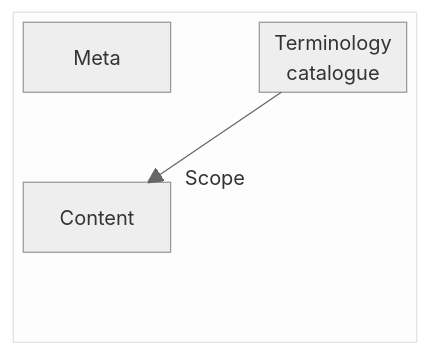
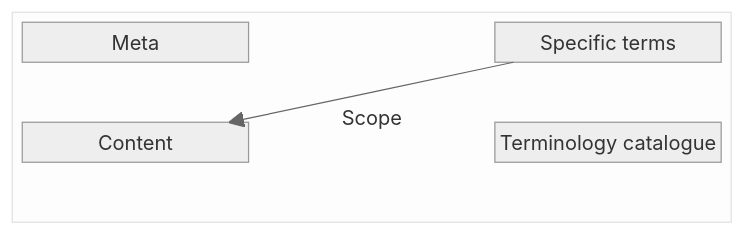
Before and after one commit to officialgazette/publication-standard: the diagram in README.md, drawn with Mermaid.

````diff
--- a/README.md
+++ b/README.md
@@ -29,23 +29,24 @@
 ```mermaid
 
 %%{
   init: {
     'theme': 'neutral'
   }
 }%%
 
 block-beta
 
 block:scope["Scope"]
 
-columns 5
-Meta:2 space Terms["Terminology
-catalogue"]:2 space:5 Content:2
-space:7
+columns 3
+Meta space Terms["Specific terms"]
+space:3
+Content space Catalogue["Terminology catalogue"]
+space:3
 
 end
 
 
 
 Terms --> Content
 ```
````
